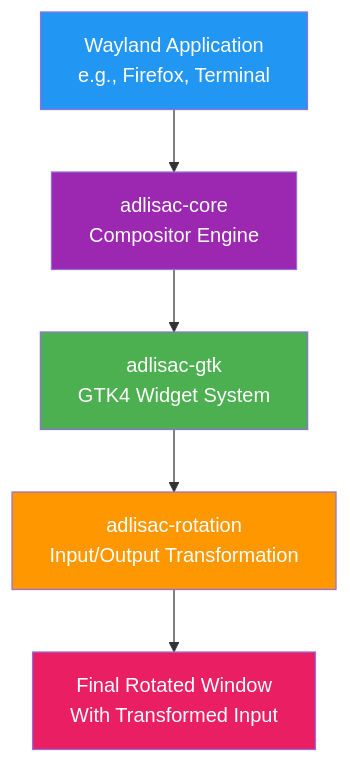
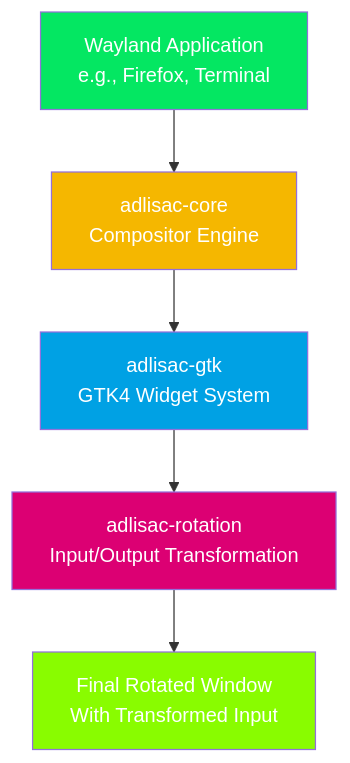
The diagram in README.md (smearor/adlisac), drawn with Mermaid before and after one commit. The commit also changed other lines of this file and 2 other files, not shown here.

````diff
--- a/README.md
+++ b/README.md
@@ -22,12 +22,12 @@
 ```mermaid
 graph TD
     A[Wayland Application<br/>e.g., Firefox, Terminal] --> B[adlisac-core<br/>Compositor Engine]
     B --> C[adlisac-gtk<br/>GTK4 Widget System]
     C --> D[adlisac-rotation<br/>Input/Output Transformation]
     D --> E[Final Rotated Window<br/>With Transformed Input]
-    style A fill: #2196f3,color:#ffffff
-    style B fill: #9c27b0,color:#ffffff
-    style C fill: #4caf50,color:#ffffff
-    style D fill: #ff9800,color:#ffffff
-    style E fill: #e91e63,color:#ffffff
+    style A fill: #04e762,color:#ffffff
+    style B fill: #f5b700,color:#ffffff
+    style C fill: #00a1e4,color:#ffffff
+    style D fill: #dc0073,color:#ffffff
+    style E fill: #89fc00,color:#ffffff
 ```
````
